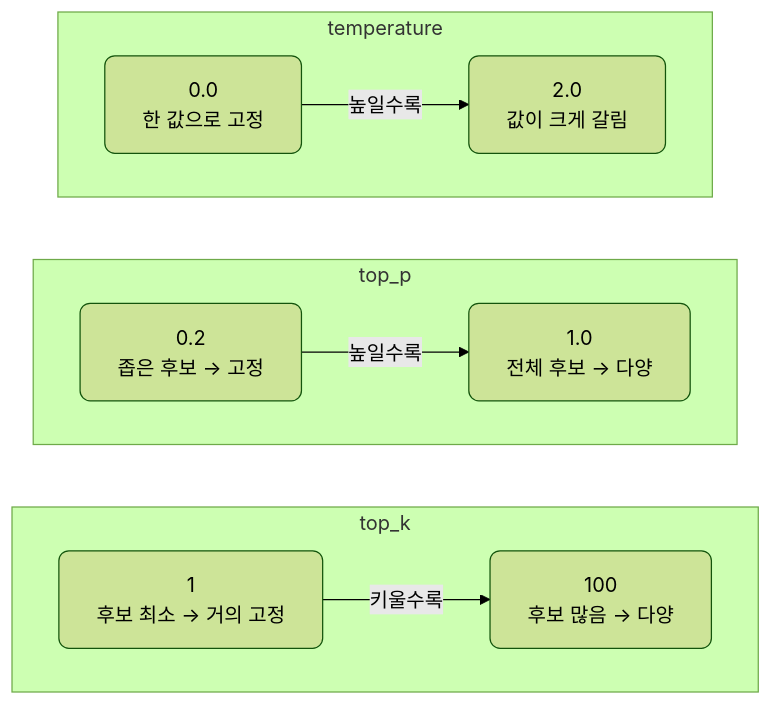
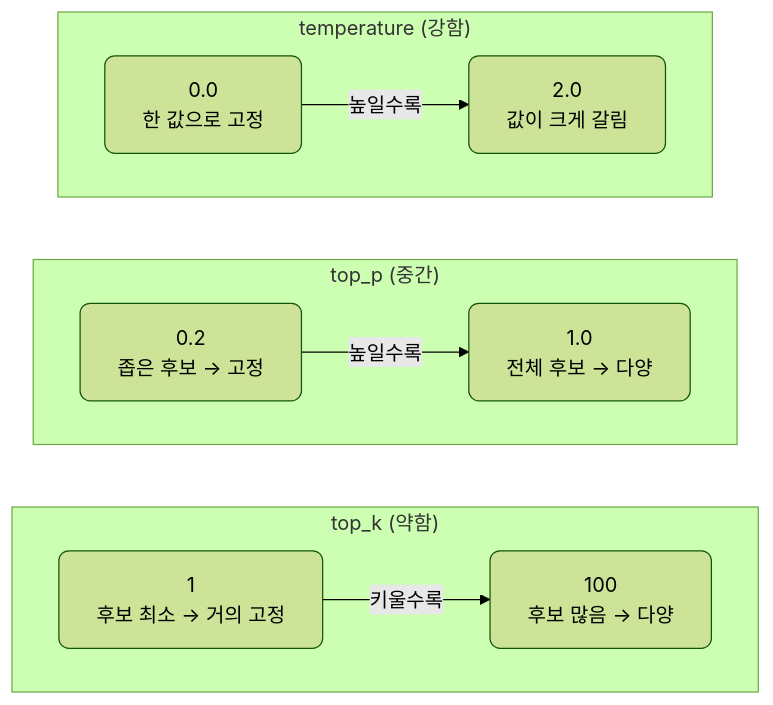
One commit to CodeCompose7/ai_service_engineering changed the fifth of 5 diagrams in docs/section1/lec03/README.md. Above: the diagram before and after it, drawn with Mermaid (forest theme). The commit also changed other lines of this file, not shown here.

````diff
--- a/docs/section1/lec03/README.md
+++ b/docs/section1/lec03/README.md
@@ -205,17 +279,17 @@
 ```mermaid
 flowchart TB
-  subgraph TMP["temperature"]
+  subgraph TMP["temperature (강함)"]
     direction LR
     A0["0.0<br/>한 값으로 고정"] -->|"높일수록"| A1["2.0<br/>값이 크게 갈림"]
   end
-  subgraph TP["top_p"]
+  subgraph TP["top_p (중간)"]
     direction LR
     B0["0.2<br/>좁은 후보 → 고정"] -->|"높일수록"| B1["1.0<br/>전체 후보 → 다양"]
   end
-  subgraph TK["top_k"]
+  subgraph TK["top_k (약함)"]
     direction LR
     C0["1<br/>후보 최소 → 거의 고정"] -->|"키울수록"| C1["100<br/>후보 많음 → 다양"]
   end
   TMP ~~~ TP ~~~ TK
   classDef default rx:8,ry:8;
 ```
````
